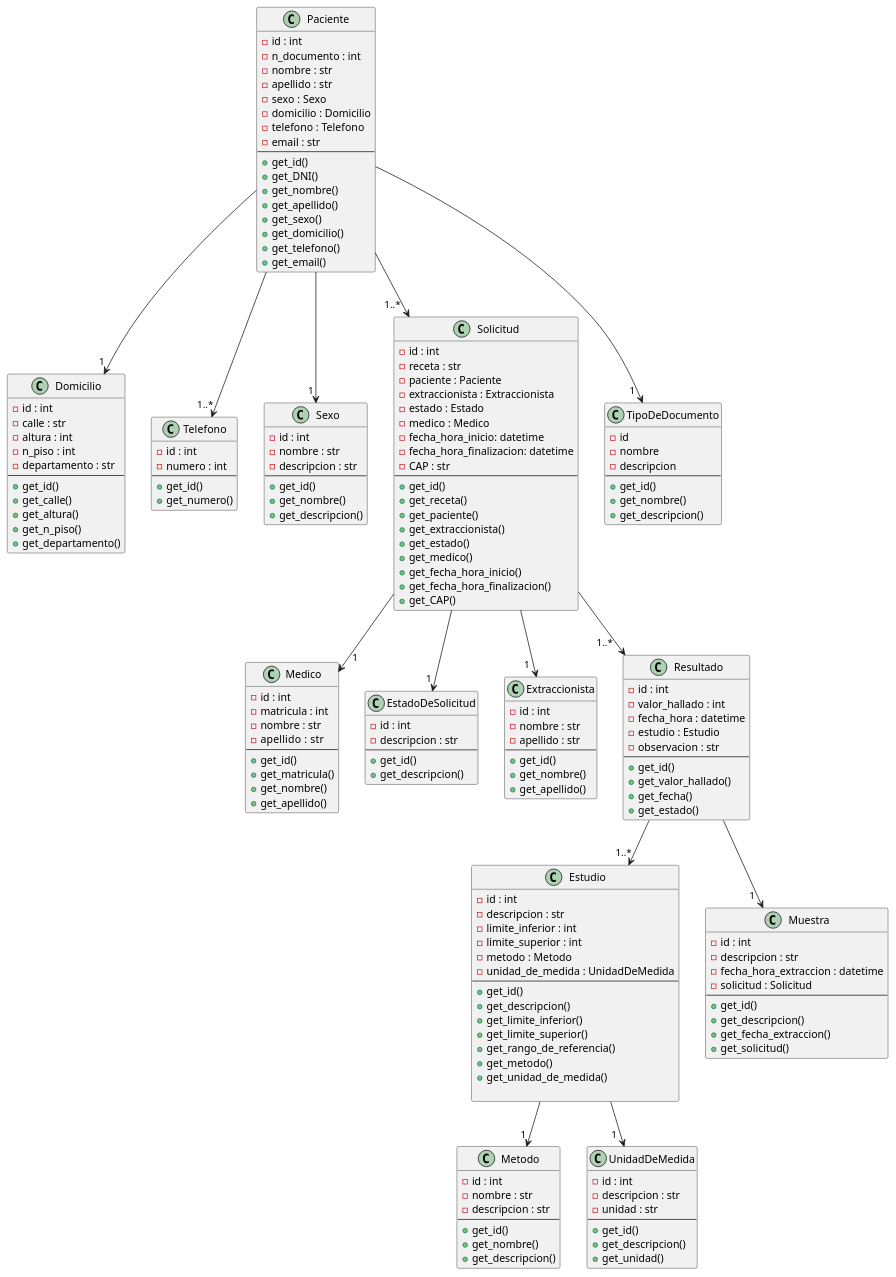
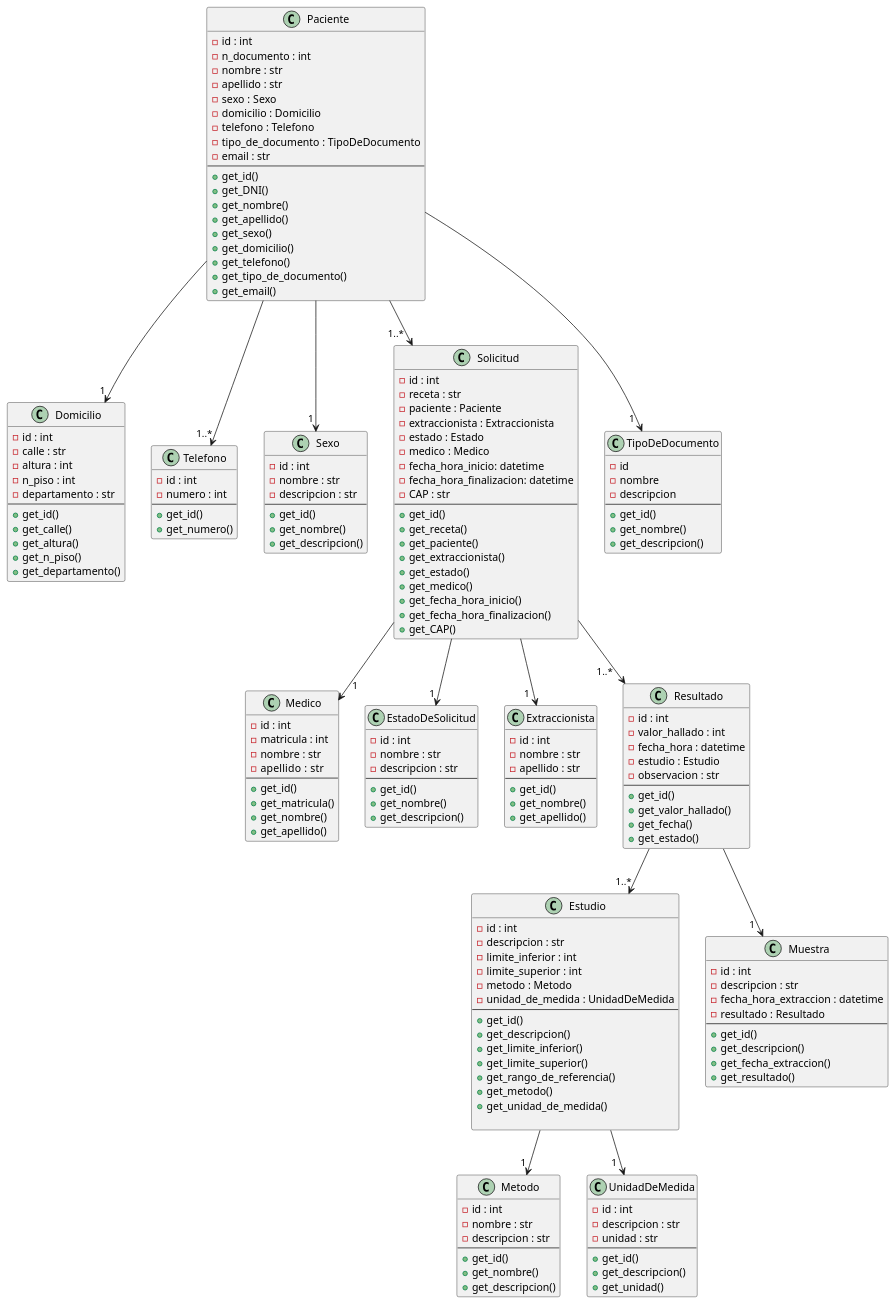
The diagram in Diagrams/ClassDiagram.wsd (MateMar04/Biomedica), drawn with PlantUML before and after one commit. The commit also changed 2 other files, not shown here.

Commit message:
Created table TIPO_DE_DOCUMENTO and corrected diagrams

```diff
--- a/Diagrams/ClassDiagram.wsd
+++ b/Diagrams/ClassDiagram.wsd
@@ -1,194 +1,198 @@
 @startuml ClassDiagram
 
 class Medico {
     - id : int
     - matricula : int
     - nombre : str
     - apellido  : str
     --
     + get_id()
     + get_matricula()
     + get_nombre()
     + get_apellido()
 }
 
 class Domicilio {
     - id : int
     - calle : str
     - altura : int
     - n_piso : int
     - departamento : str
     --
     + get_id()
     + get_calle()
     + get_altura()
     + get_n_piso()
     + get_departamento()
 }
 
 class Telefono {
     - id : int
     - numero : int
     --
     + get_id()
     + get_numero()
 }
 
 class Sexo {
     - id : int
     - nombre : str
     - descripcion : str
     --
     + get_id()
     + get_nombre()
     + get_descripcion()
 }
 
 class Paciente {
     - id : int
     - n_documento : int
     - nombre : str
     - apellido : str
     - sexo : Sexo
     - domicilio : Domicilio
     - telefono : Telefono
+    - tipo_de_documento : TipoDeDocumento
     - email : str
     --
     + get_id()
     + get_DNI()
     + get_nombre()
     + get_apellido()
     + get_sexo()
     + get_domicilio()
     + get_telefono()
+    +get_tipo_de_documento()
     + get_email()
 }
 
 class EstadoDeSolicitud {
     - id : int
+    - nombre : str
     - descripcion : str
     --
     + get_id()
+    + get_nombre()
     + get_descripcion()
 }
 
 class Estudio {
     - id : int
     - descripcion : str
     - limite_inferior : int
     - limite_superior : int
     - metodo : Metodo
     - unidad_de_medida : UnidadDeMedida
     --
     + get_id()
     + get_descripcion()
     + get_limite_inferior()
     + get_limite_superior()
     + get_rango_de_referencia()
     + get_metodo()
     + get_unidad_de_medida()
 
 }
 
 class Solicitud {
     - id : int
     - receta : str
     - paciente : Paciente
     - extraccionista : Extraccionista
     - estado : Estado
     - medico : Medico
     - fecha_hora_inicio: datetime
     - fecha_hora_finalizacion: datetime
     - CAP : str
     --
     + get_id()
     + get_receta()
     + get_paciente()
     + get_extraccionista()
     + get_estado()
     + get_medico()
     + get_fecha_hora_inicio()
     + get_fecha_hora_finalizacion()
     + get_CAP()
 }
 
 class Extraccionista {
     - id : int
     - nombre : str
     - apellido : str
     --
     + get_id()
     + get_nombre()
     + get_apellido()
 }
 
 class Muestra {
     - id : int
     - descripcion : str
     - fecha_hora_extraccion : datetime
-    - solicitud : Solicitud
+    - resultado : Resultado
     --
     + get_id()
     + get_descripcion()
     + get_fecha_extraccion()
-    + get_solicitud()
+    + get_resultado()
 }
 
 class Metodo {
     - id : int
     - nombre : str
     - descripcion : str
     --
     + get_id()
     + get_nombre()
     + get_descripcion()
 }
 
 class Resultado {
     - id : int
     - valor_hallado : int
     - fecha_hora : datetime
     - estudio : Estudio
     - observacion : str
     --
     + get_id()
     + get_valor_hallado()
     + get_fecha()
     + get_estado()
 }
 
 class UnidadDeMedida {
     - id : int
     - descripcion : str
     - unidad : str
     --
     + get_id()
     + get_descripcion()
     + get_unidad()
 }
 
 class TipoDeDocumento{
     - id
     - nombre
     - descripcion
     --
     + get_id()
     + get_nombre()
     + get_descripcion()
 }
 
 Paciente --> "1 " Sexo
 Paciente --> "1..*" Telefono
 Paciente --> "1 " Domicilio
 Paciente --> "1..*  " Solicitud
 Paciente --> "1  " TipoDeDocumento
 Solicitud --> "1  " Extraccionista
 Solicitud --> "   1" Medico
 Solicitud --> "1 " EstadoDeSolicitud
 Solicitud --> "1..*   " Resultado
 Resultado --> "1  " Muestra
 Resultado --> "1..*" Estudio
 Estudio --> "1 " Metodo
 Estudio --> "1  " UnidadDeMedida 
 
 @enduml
```
